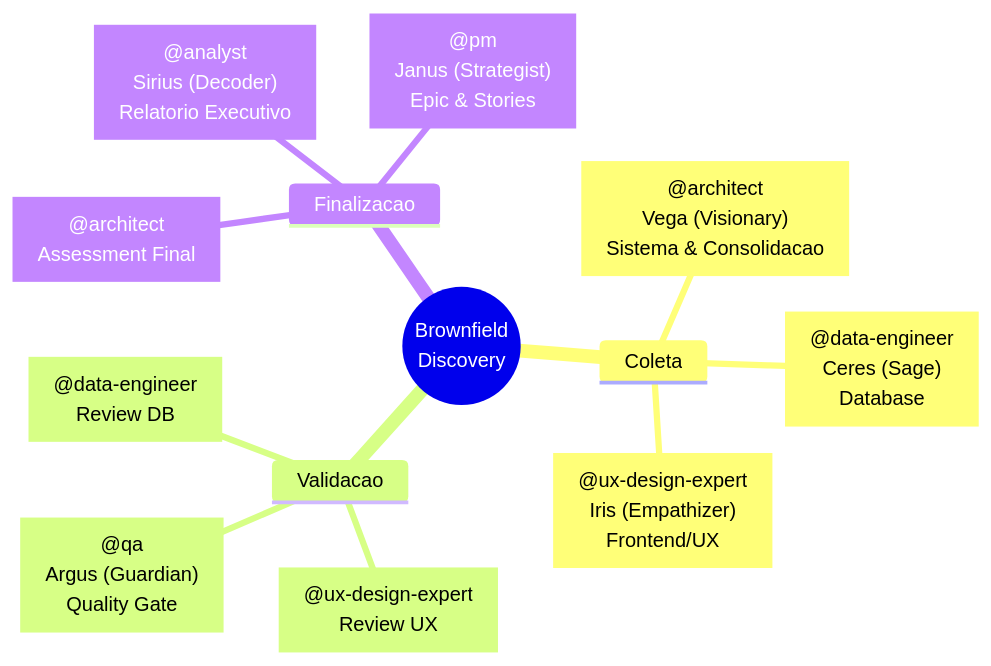
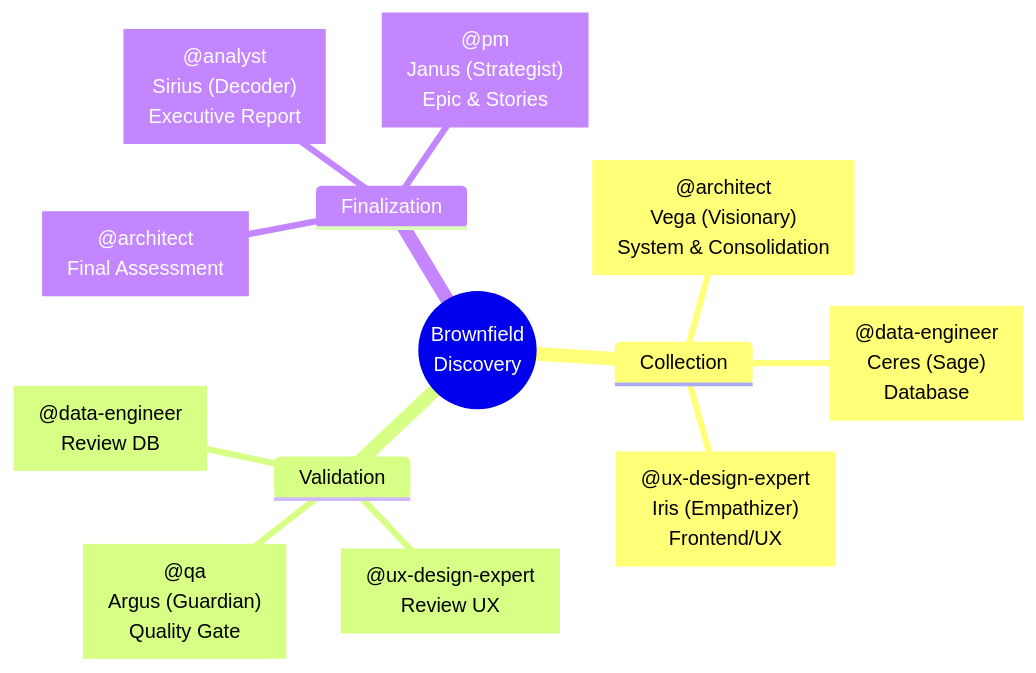
Before and after one commit to CyryxLabs/AEXOS: the third of 7 diagrams in docs/aexos-workflows/brownfield-discovery-workflow.md, drawn with Mermaid. The commit also changed other lines of this file and 528 other files, not shown here.

````diff
--- a/docs/aexos-workflows/brownfield-discovery-workflow.md
+++ b/docs/aexos-workflows/brownfield-discovery-workflow.md
@@ -567,16 +567,16 @@
 ```mermaid
 mindmap
   root((Brownfield<br/>Discovery))
-    Coleta
-      architect["@architect<br/>Vega (Visionary)<br/>Sistema & Consolidacao"]
+    Collection
+      architect["@architect<br/>Vega (Visionary)<br/>System & Consolidation"]
       data-engineer["@data-engineer<br/>Ceres (Sage)<br/>Database"]
       ux-design-expert["@ux-design-expert<br/>Iris (Empathizer)<br/>Frontend/UX"]
-    Validacao
+    Validation
       data-engineer2["@data-engineer<br/>Review DB"]
       ux-design-expert2["@ux-design-expert<br/>Review UX"]
       qa["@qa<br/>Argus (Guardian)<br/>Quality Gate"]
-    Finalizacao
-      architect2["@architect<br/>Assessment Final"]
-      analyst["@analyst<br/>Sirius (Decoder)<br/>Relatorio Executivo"]
+    Finalization
+      architect2["@architect<br/>Final Assessment"]
+      analyst["@analyst<br/>Sirius (Decoder)<br/>Executive Report"]
       pm["@pm<br/>Janus (Strategist)<br/>Epic & Stories"]
 ```
````
